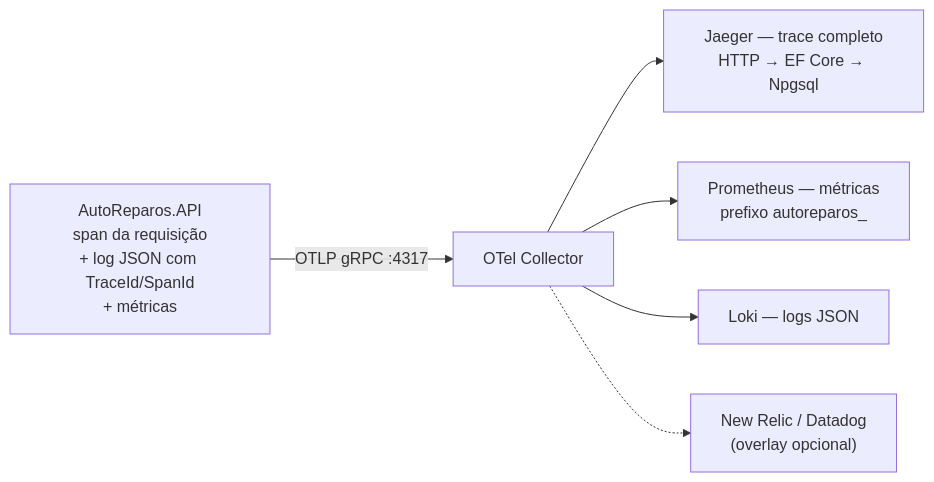
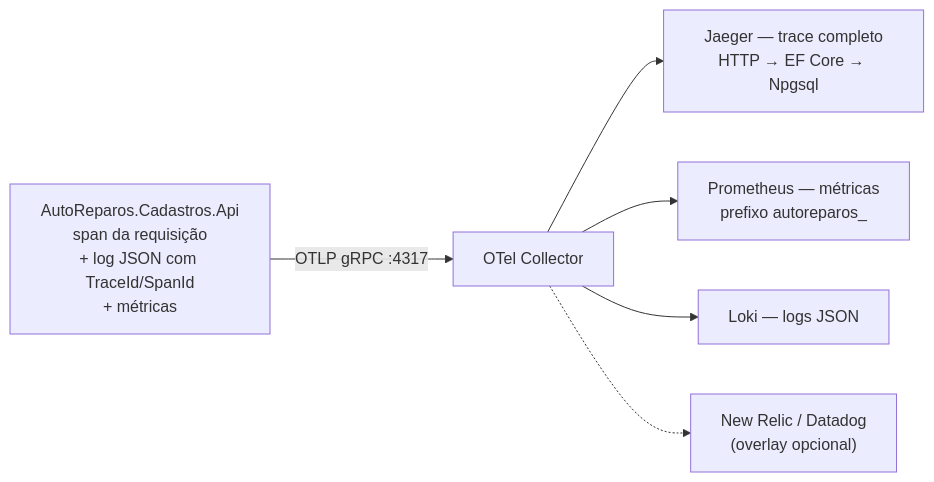
One commit to Grupo78-PosTech-15SOAT/AutoReparos changed the fourth of 4 diagrams in docs/architecture/diagrams/sequence_portal_auth_and_query.md. Above: the diagram before and after it, drawn with Mermaid. The commit also changed other lines of this file and 12 other files, not shown here.

````diff
--- a/docs/architecture/diagrams/sequence_portal_auth_and_query.md
+++ b/docs/architecture/diagrams/sequence_portal_auth_and_query.md
@@ -150,15 +150,15 @@
 ```mermaid
 flowchart LR
-    A["AutoReparos.API<br/>span da requisição<br/>+ log JSON com TraceId/SpanId<br/>+ métricas"]
+    A["AutoReparos.Cadastros.Api<br/>span da requisição<br/>+ log JSON com TraceId/SpanId<br/>+ métricas"]
     COL["OTel Collector"]
     JAE["Jaeger — trace completo<br/>HTTP → EF Core → Npgsql"]
     PROM["Prometheus — métricas<br/>prefixo autoreparos_"]
     LOKI["Loki — logs JSON"]
     NR["New Relic / Datadog<br/>(overlay opcional)"]
 
     A -->|OTLP gRPC :4317| COL
     COL --> JAE
     COL --> PROM
     COL --> LOKI
     COL -.-> NR
 ```
````
